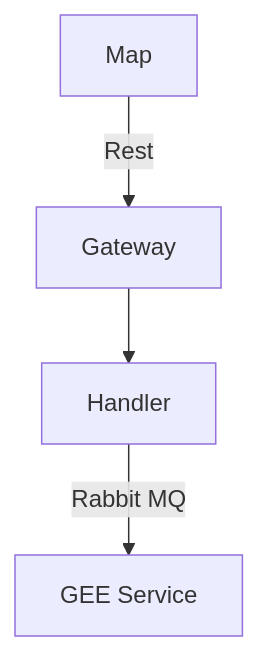
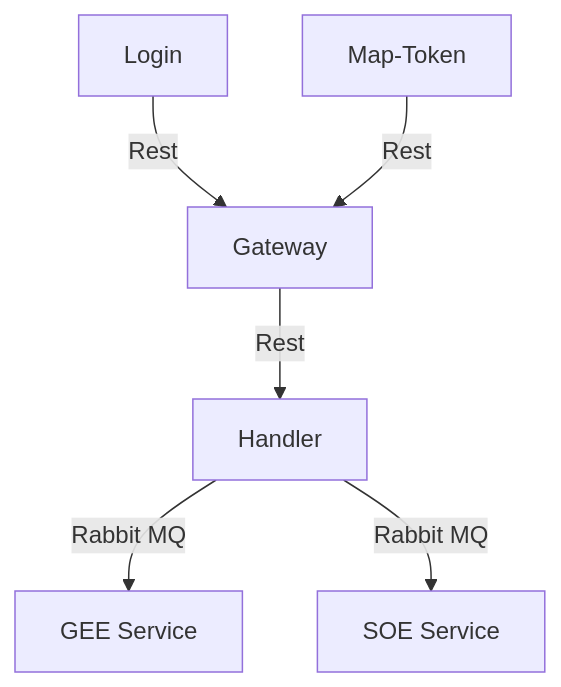
One commit to spaceomid/Documentation changed the first of 2 diagrams in docs/Image Processing Platform/Description.md. Above: the diagram before and after it, drawn with Mermaid. The commit also changed other lines of this file, not shown here.

Commit message:
add changes

````diff
--- a/docs/Image Processing Platform/Description.md
+++ b/docs/Image Processing Platform/Description.md
@@ -7,9 +7,11 @@
 ``` mermaid
 flowchart TB
     
-    Map --Rest--> Gateway
-    Gateway --> Handler
+    Login --Rest--> Gateway
+    C[Map-Token] --Rest--> Gateway
+    Gateway --Rest--> Handler
     Handler --Rabbit MQ--> A[GEE Service]
+    Handler --Rabbit MQ--> B[SOE Service]
 
     
 ``` 
````
